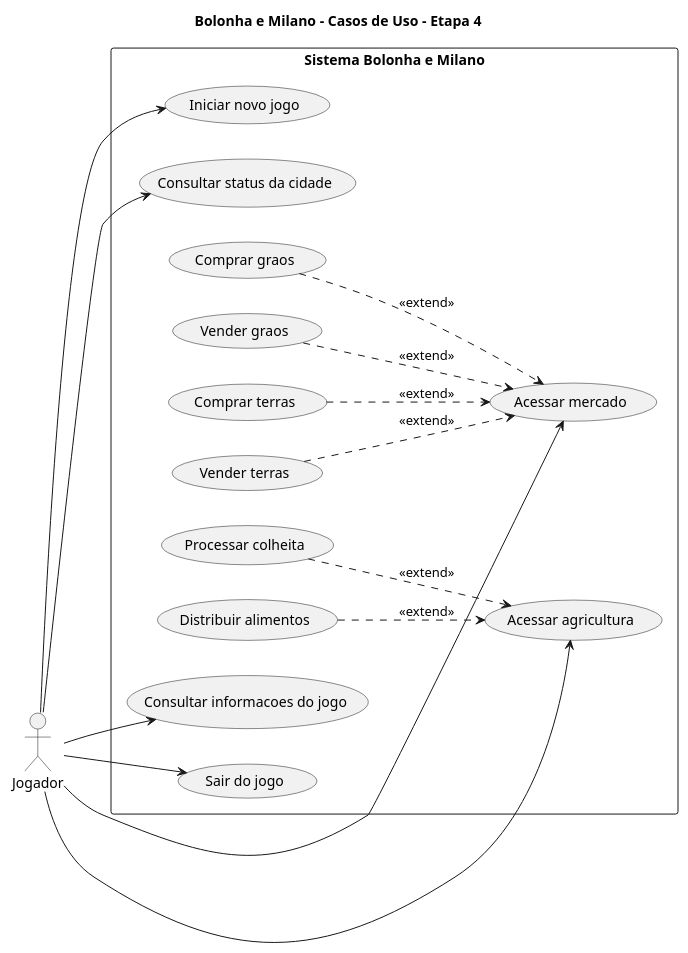
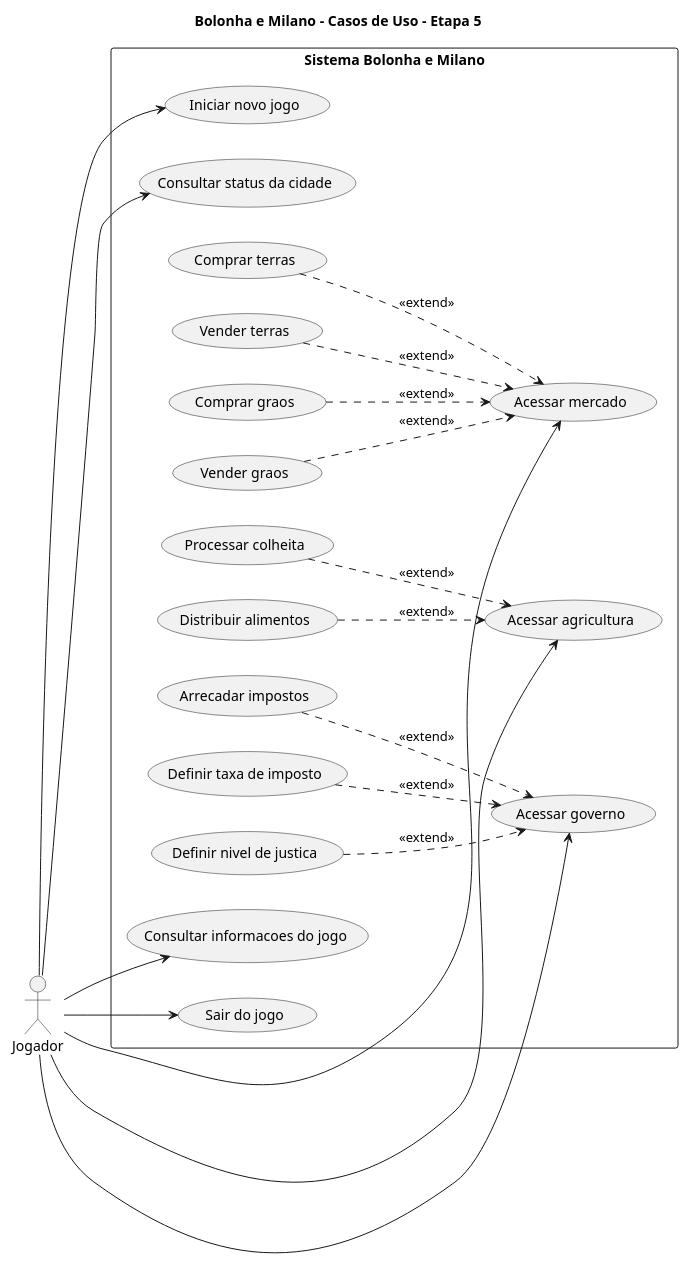
One commit to logalfran/projeto-bolonha-e-milano changed the diagram in casos-de-uso/Diagrama-casos-de-uso.puml. Above: the diagram before and after it, drawn with PlantUML. The commit also changed 4 other files, not shown here.

Commit message:
Etapa 5: impostos, governo e diagramas UML

```diff
--- a/casos-de-uso/Diagrama-casos-de-uso.puml
+++ b/casos-de-uso/Diagrama-casos-de-uso.puml
@@ -1,46 +1,62 @@
 @startuml
-title Bolonha e Milano - Casos de Uso - Etapa 4
+title Bolonha e Milano - Casos de Uso - Etapa 5
 
 left to right direction
 
-' Ator que interage com o sistema
+' Ator principal
 actor "Jogador" as J
 
 rectangle "Sistema Bolonha e Milano" {
 
+    ' Funcionalidades principais
     usecase "Iniciar novo jogo" as UC1
     usecase "Consultar status da cidade" as UC2
 
+    ' Mercado - Etapa 3
     usecase "Acessar mercado" as UC3
     usecase "Comprar graos" as UC4
     usecase "Vender graos" as UC5
     usecase "Comprar terras" as UC6
     usecase "Vender terras" as UC7
 
+    ' Agricultura - Etapa 4
     usecase "Acessar agricultura" as UC8
     usecase "Processar colheita" as UC9
     usecase "Distribuir alimentos" as UC10
 
-    usecase "Consultar informacoes do jogo" as UC11
-    usecase "Sair do jogo" as UC12
+    ' Governo - Etapa 5
+    usecase "Acessar governo" as UC11
+    usecase "Arrecadar impostos" as UC12
+    usecase "Definir taxa de imposto" as UC13
+    usecase "Definir nivel de justica" as UC14
+
+    ' Outras funcionalidades
+    usecase "Consultar informacoes do jogo" as UC15
+    usecase "Sair do jogo" as UC16
 }
 
 ' Funcionalidades acessadas pelo jogador
 J --> UC1
 J --> UC2
 J --> UC3
 J --> UC8
 J --> UC11
-J --> UC12
+J --> UC15
+J --> UC16
 
-' Operacoes disponíveis no mercado
+' Operacoes do mercado
 UC4 ..> UC3 : <<extend>>
 UC5 ..> UC3 : <<extend>>
 UC6 ..> UC3 : <<extend>>
 UC7 ..> UC3 : <<extend>>
 
-' Operacoes disponíveis na agricultura
+' Operacoes da agricultura
 UC9 ..> UC8 : <<extend>>
 UC10 ..> UC8 : <<extend>>
 
+' Operacoes do governo
+UC12 ..> UC11 : <<extend>>
+UC13 ..> UC11 : <<extend>>
+UC14 ..> UC11 : <<extend>>
+
 @enduml
```
